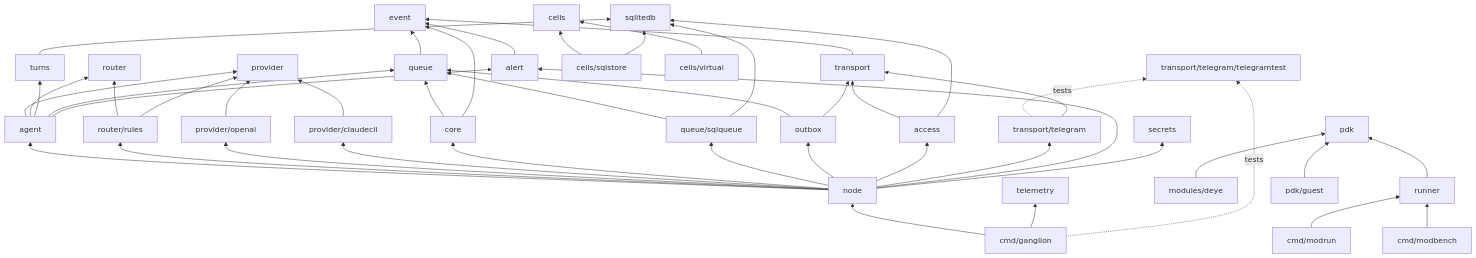
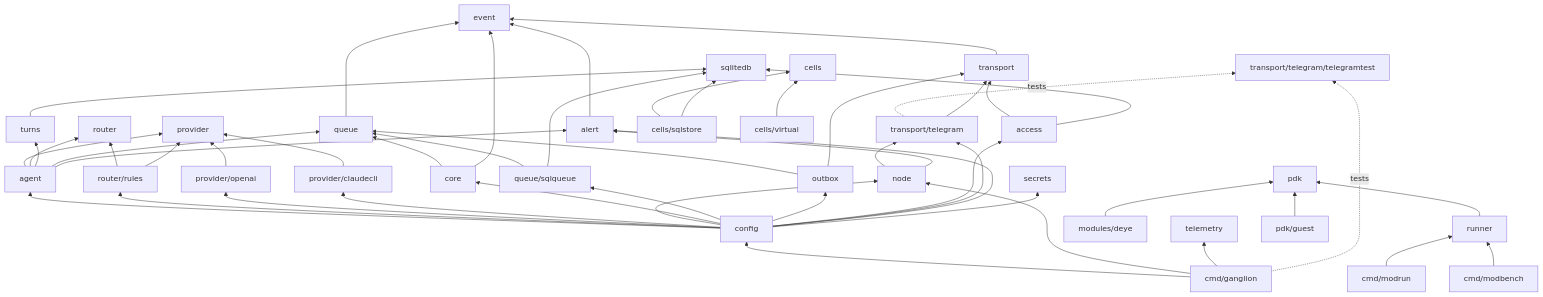
Before and after one commit to igorrius/ganglion: the diagram in docs/architecture/05-code-map.md, drawn with Mermaid. The commit also changed other lines of this file and 20 other files, not shown here.

First line of the commit message:
config, node: assemble the node with samber/do providers

````diff
--- a/docs/architecture/05-code-map.md
+++ b/docs/architecture/05-code-map.md
@@ -55,55 +56,59 @@
 ```mermaid
 flowchart BT
     event["event"]
     transport["transport"] --> event
     queue["queue"] --> event
     provider["provider"]
     router["router"]
     openaip["provider/openai"] --> provider
     claudecli["provider/claudecli"] --> provider
     rulesp["router/rules"] --> router
     rulesp --> provider
     turnsp["turns"] --> sqlitedb
     agentp["agent"] --> provider
     agentp --> router
     agentp --> turnsp
     agentp --> queue
-    node --> agentp
-    node --> rulesp
-    node --> openaip
-    node --> claudecli
+    configp --> agentp
+    configp --> rulesp
+    configp --> openaip
+    configp --> claudecli
     node["node"]
-    cmd["cmd/ganglion"] --> node
+    configp["config"] --> node
+    cmd["cmd/ganglion"] --> configp
+    cmd --> node
     cmd --> telemetryp["telemetry"]
     corep["core"] --> queue
     corep --> event
     tgtest["transport/telegram/telegramtest"]
     tgp -. tests .-> tgtest
     cmd -. tests .-> tgtest
-    node --> corep
-    node --> sqlqueue
-    node --> outboxp
-    node --> accessp
-    node --> tgp["transport/telegram"]
+    configp --> corep
+    configp --> sqlqueue
+    configp --> outboxp
+    configp --> accessp
+    configp --> tgp["transport/telegram"]
+    node --> tgp
+    node --> alertp
     tgp --> transport
     pdk["pdk"]
     deye["modules/deye"] --> pdk
     runner["runner"] --> pdk
     modrun["cmd/modrun"] --> runner
     modbench["cmd/modbench"] --> runner
     guest["pdk/guest"] --> pdk
     cellsp["cells"]
     sqlstore["cells/sqlstore"] --> cellsp
     sqlstore --> sqlitedb["sqlitedb"]
     virtualb["cells/virtual"] --> cellsp
     sqlqueue["queue/sqlqueue"] --> queue
     sqlqueue --> sqlitedb
     outboxp["outbox"] --> queue
     outboxp --> transport
     accessp["access"] --> transport
     accessp --> sqlitedb
     alertp["alert"] --> event
     agentp --> alertp
-    node --> alertp
-    node --> secretsp["secrets"]
+    configp --> alertp
+    configp --> secretsp["secrets"]
 ```
````
